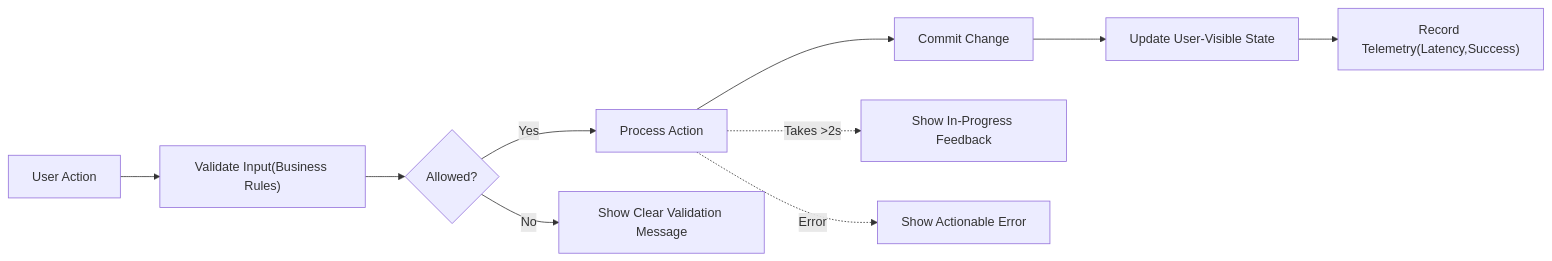
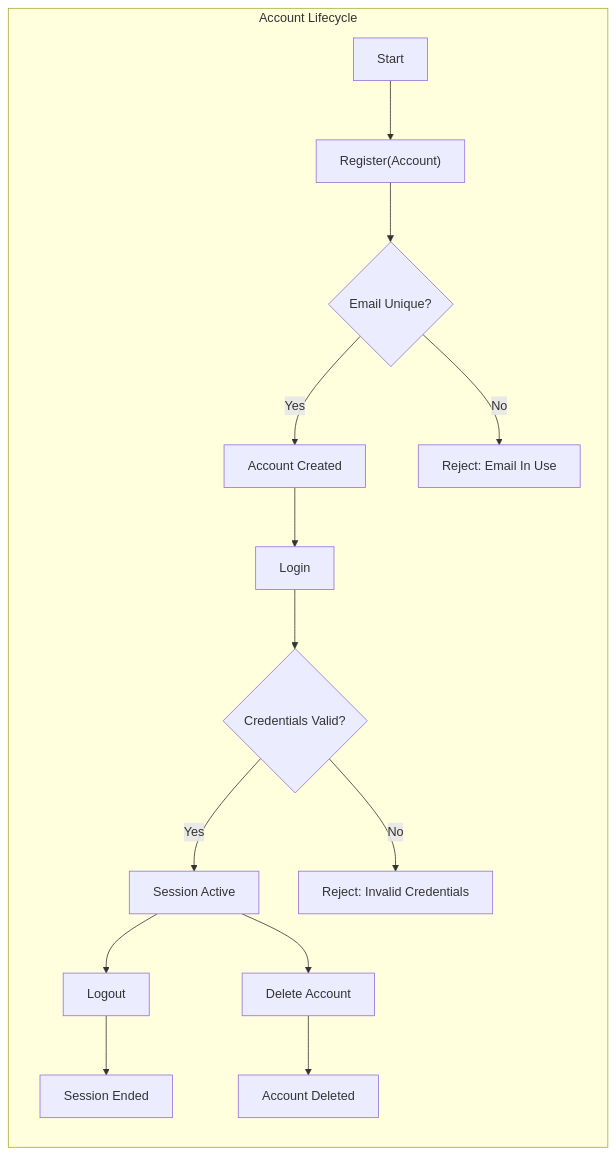
The first of 2 diagrams in openai/gpt-5/todo/docs/analysis/08-non-functional-requirements.md (wrtnlabs/autobe-examples), drawn with Mermaid before and after one commit. The commit also changed other lines of this file and 16146 other files, not shown here.

````diff
--- a/openai/gpt-5/todo/docs/analysis/08-non-functional-requirements.md
+++ b/openai/gpt-5/todo/docs/analysis/08-non-functional-requirements.md
@@ -65,12 +219,17 @@
 ```mermaid
 graph LR
-  A["User Action"] --> B["Validate Input(Business Rules)"]
-  B --> C{"Allowed?"}
-  C -->|"Yes"| D["Process Action"]
-  C -->|"No"| H["Show Clear Validation Message"]
-  D --> E["Commit Change"]
-  E --> F["Update User-Visible State"]
-  F --> G["Record Telemetry(Latency,Success)"]
-  D -.->|"Takes >2s"| I["Show In-Progress Feedback"]
-  D -.->|"Error"| J["Show Actionable Error"]
+  subgraph "Account Lifecycle"
+    A["Start"] --> B["Register(Account)"]
+    B --> C{"Email Unique?"}
+    C -->|"Yes"| D["Account Created"]
+    C -->|"No"| E["Reject: Email In Use"]
+    D --> F["Login"]
+    F --> G{"Credentials Valid?"}
+    G -->|"Yes"| H["Session Active"]
+    G -->|"No"| I["Reject: Invalid Credentials"]
+    H --> J["Logout"]
+    H --> K["Delete Account"]
+    J --> L["Session Ended"]
+    K --> M["Account Deleted"]
+  end
 ```
````
